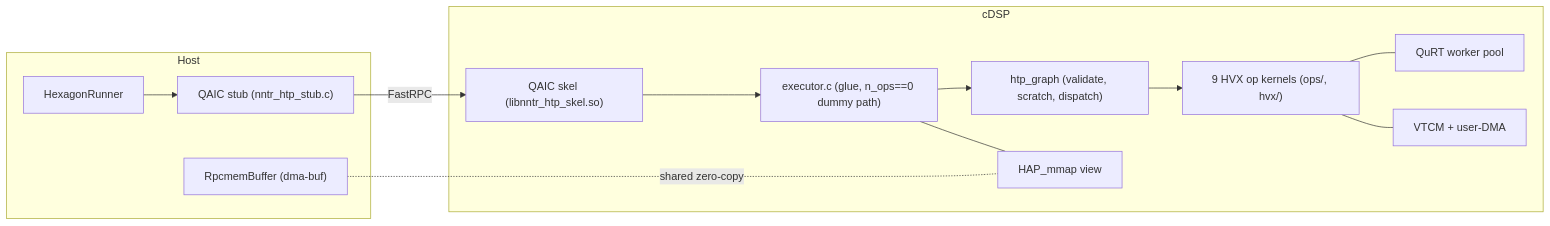
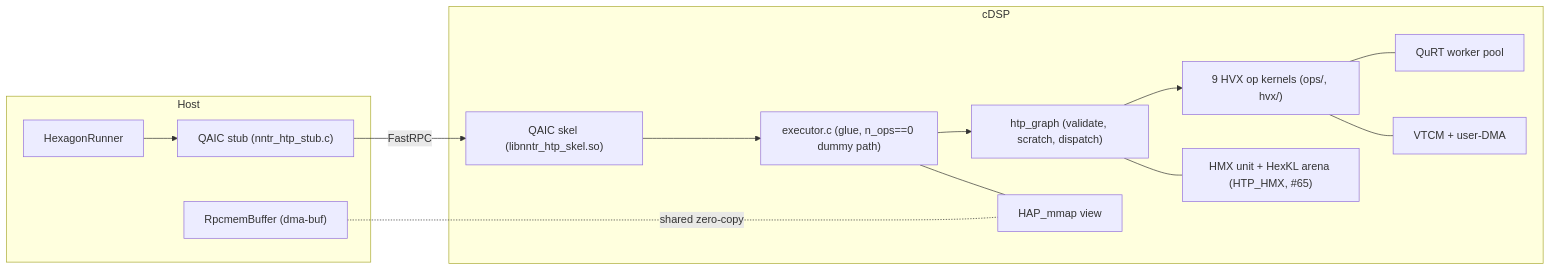
One commit to dlwlzzero/nntrainer changed the diagram in docs/backend_guide/HEXAGON.md. Above: the diagram before and after it, drawn with Mermaid. The commit also changed other lines of this file and 2 other files, not shown here.

First line of the commit message:
[docs] Record the HMX arena, the hmx simulator test and the S0 outcome (#65, #68)

````diff
--- a/docs/backend_guide/HEXAGON.md
+++ b/docs/backend_guide/HEXAGON.md
@@ -41,26 +41,28 @@
 ```mermaid
 graph LR
   subgraph Host
     runner["HexagonRunner"]
     stub["QAIC stub (nntr_htp_stub.c)"]
     rbuf["RpcmemBuffer (dma-buf)"]
     runner --> stub
   end
   subgraph cDSP
     skel["QAIC skel (libnntr_htp_skel.so)"]
     exec["executor.c (glue, n_ops==0 dummy path)"]
     graphx["htp_graph (validate, scratch, dispatch)"]
     ops["9 HVX op kernels (ops/, hvx/)"]
     wp["QuRT worker pool"]
     vtcm["VTCM + user-DMA"]
+    hmx["HMX unit + HexKL arena (HTP_HMX, #65)"]
     hmap["HAP_mmap view"]
     skel --> exec
     exec --> graphx
     graphx --> ops
     ops --- wp
     ops --- vtcm
+    graphx --- hmx
     exec --- hmap
   end
   stub -->|FastRPC| skel
   rbuf -.-|shared zero-copy| hmap
 ```
````
